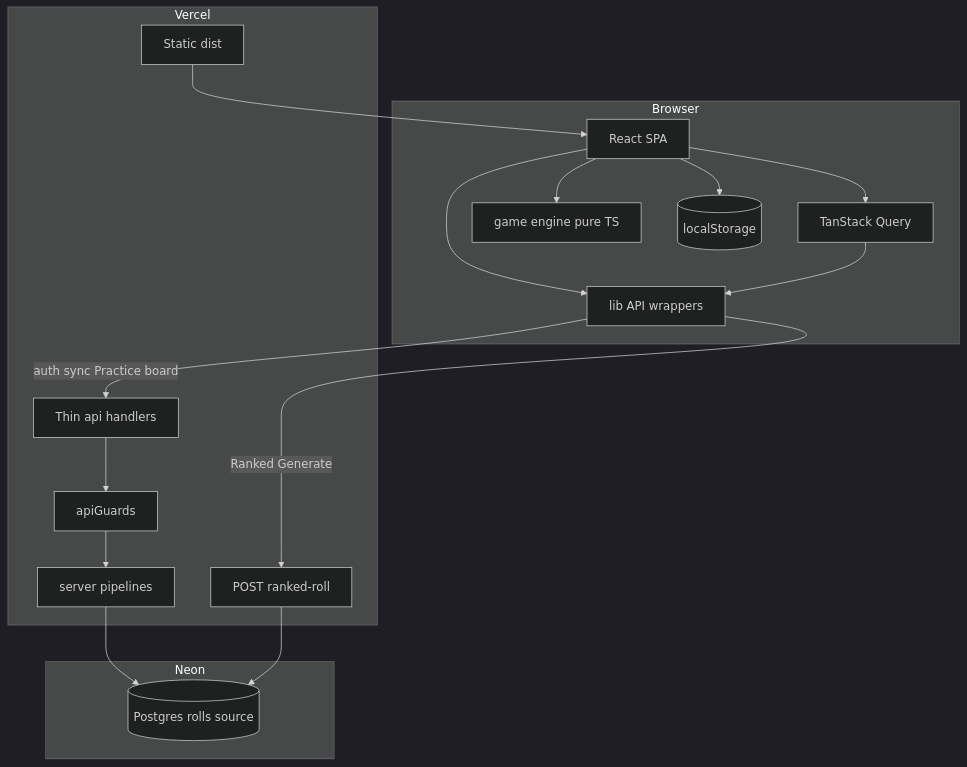
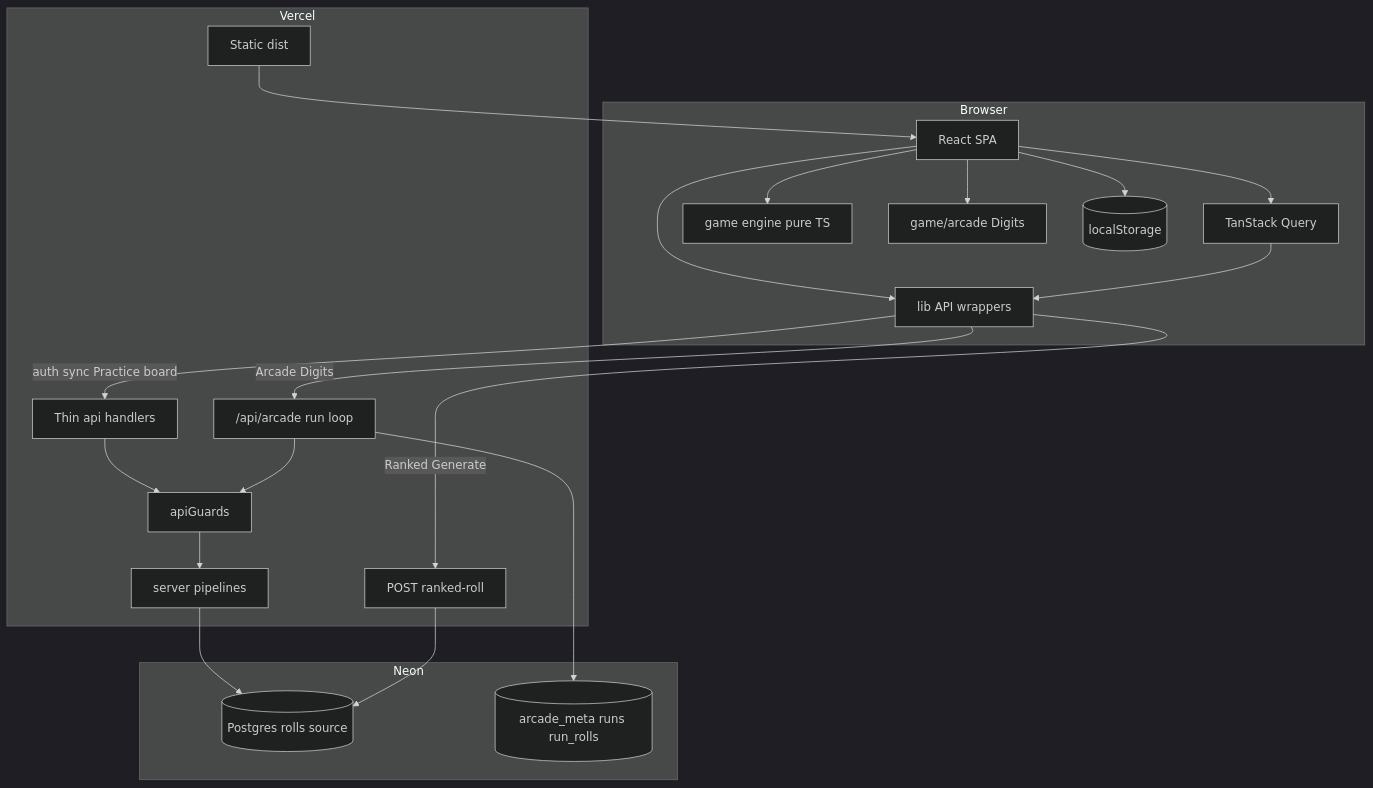
Before and after one commit to jondmarien/rngdle-unlocked: the first of 7 diagrams in docs/ARCHITECTURE.md, drawn with Mermaid (dark theme). The commit also changed other lines of this file and 1 other file, not shown here.

First line of the commit message:
docs: document Arcade Digits in README and architecture diagrams

````diff
--- a/docs/ARCHITECTURE.md
+++ b/docs/ARCHITECTURE.md
@@ -9,35 +9,42 @@
 ```mermaid
 flowchart TB
   subgraph Browser
     UI[React SPA]
     LibApi[lib API wrappers]
     TQ[TanStack Query]
     Engine[game engine pure TS]
+    ArcadeRules[game/arcade Digits]
     LS[(localStorage)]
     UI --> LibApi
     UI --> TQ
     TQ --> LibApi
     UI --> Engine
+    UI --> ArcadeRules
     UI --> LS
   end
 
   subgraph Vercel
     Static[Static dist]
     API[Thin api handlers]
     Guards[apiGuards]
     Server[server pipelines]
     Ranked[POST ranked-roll]
+    ArcadeAPI["/api/arcade run loop"]
   end
 
   subgraph Neon
     DB[(Postgres rolls source)]
+    ArcadeDB[(arcade_meta runs run_rolls)]
   end
 
   Static --> UI
   LibApi -->|auth sync Practice board| API
   LibApi -->|Ranked Generate| Ranked
+  LibApi -->|Arcade Digits| ArcadeAPI
   API --> Guards
   Guards --> Server
   Server --> DB
   Ranked --> DB
+  ArcadeAPI --> Guards
+  ArcadeAPI --> ArcadeDB
 ```
````
